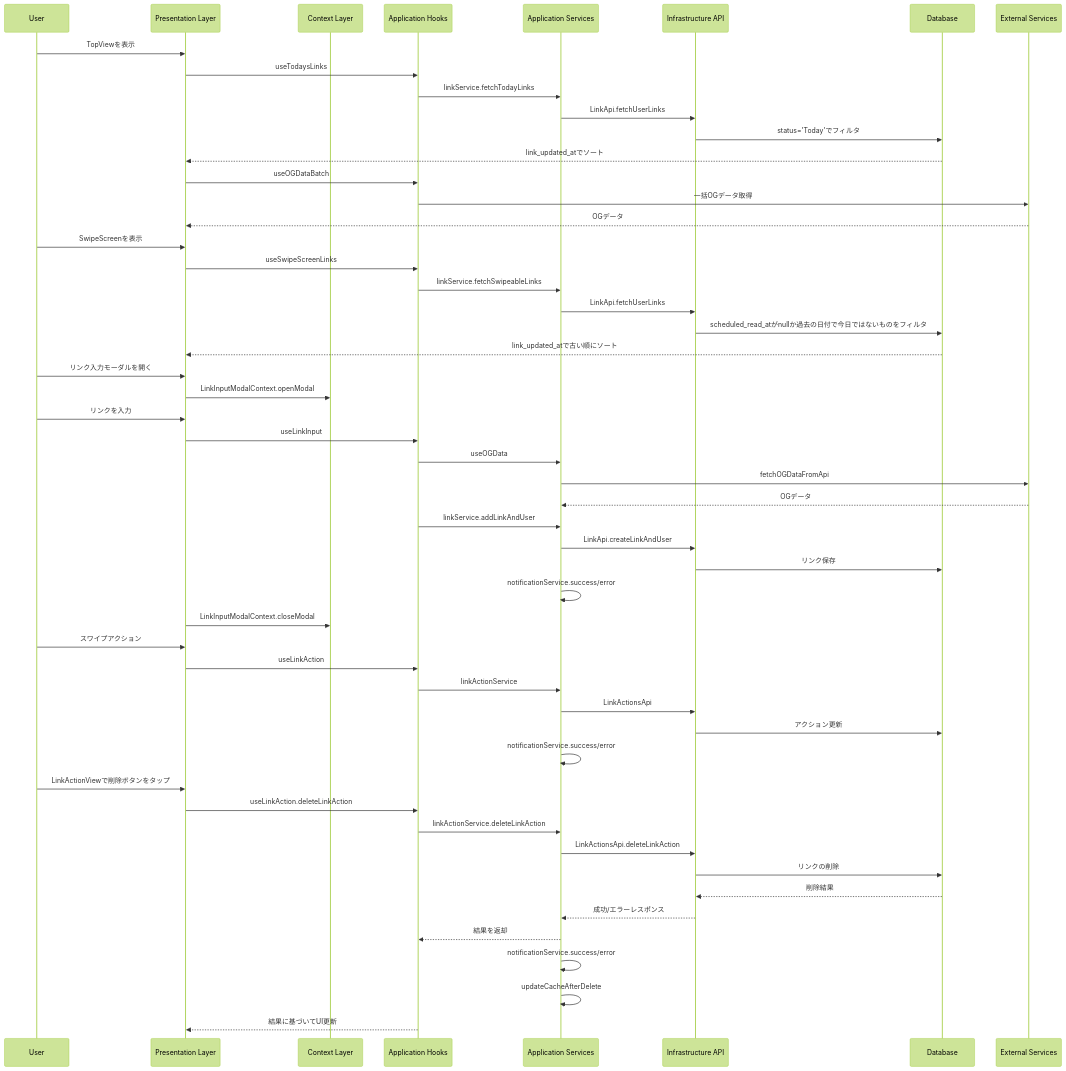
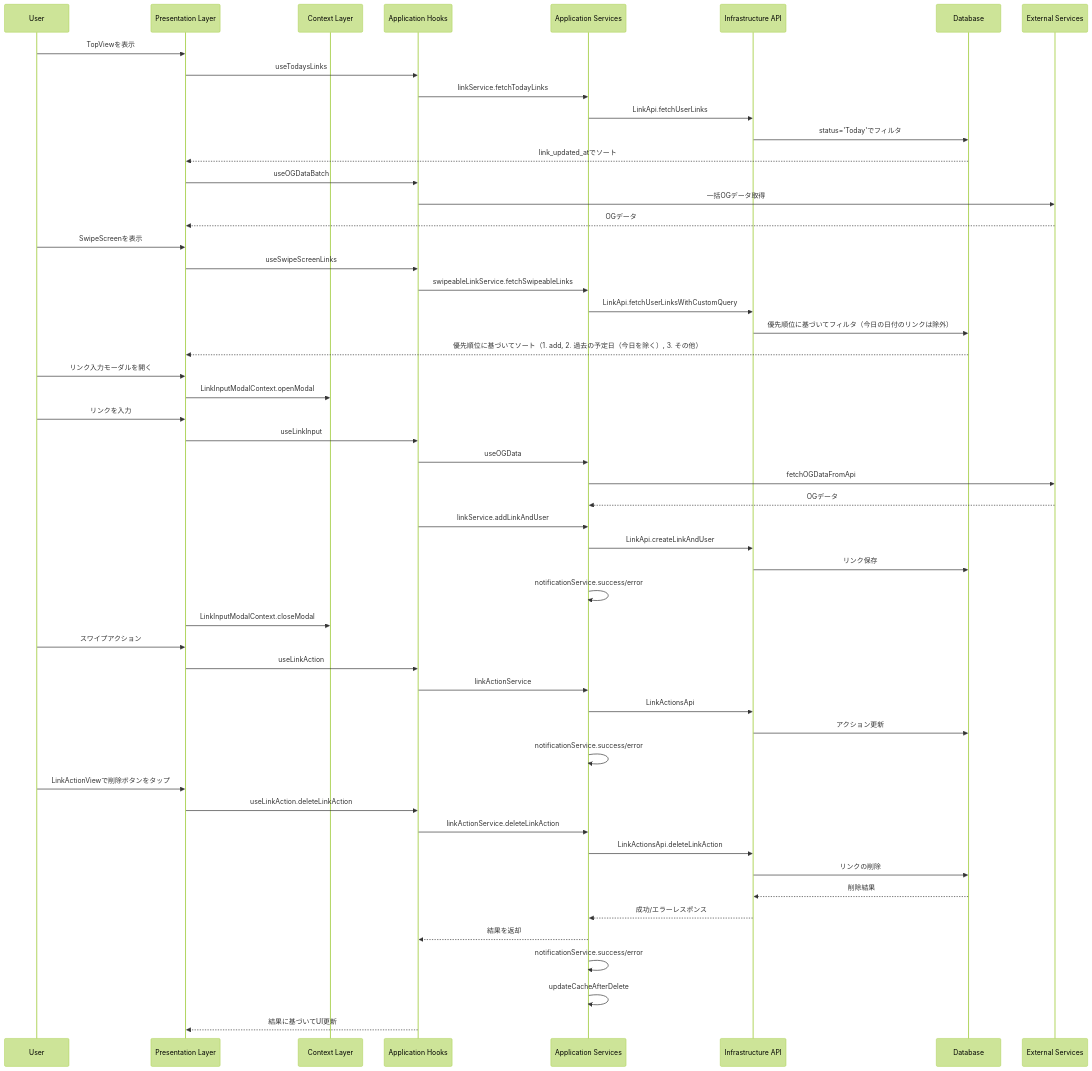
The second of 2 diagrams in feature/links/docs/architecture.md (sooom1627/Linpe), drawn with Mermaid (forest theme) before and after one commit. The commit also changed 4 other files, not shown here.

````diff
--- a/feature/links/docs/architecture.md
+++ b/feature/links/docs/architecture.md
@@ -125,65 +125,65 @@
 ```mermaid
 sequenceDiagram
     participant User
     participant UI as Presentation Layer
     participant Context as Context Layer
     participant Hook as Application Hooks
     participant Service as Application Services
     participant API as Infrastructure API
     participant DB as Database
     participant External as External Services
 
     %% リンク一覧表示フロー（TopView）
     User->>UI: TopViewを表示
     UI->>Hook: useTodaysLinks
     Hook->>Service: linkService.fetchTodayLinks
     Service->>API: LinkApi.fetchUserLinks
     API->>DB: status='Today'でフィルタ
     DB-->>UI: link_updated_atでソート
     UI->>Hook: useOGDataBatch
     Hook->>External: 一括OGデータ取得
     External-->>UI: OGデータ
 
     %% スワイプ画面表示フロー
     User->>UI: SwipeScreenを表示
     UI->>Hook: useSwipeScreenLinks
-    Hook->>Service: linkService.fetchSwipeableLinks
-    Service->>API: LinkApi.fetchUserLinks
-    API->>DB: scheduled_read_atがnullか過去の日付で今日ではないものをフィルタ
-    DB-->>UI: link_updated_atで古い順にソート
+    Hook->>Service: swipeableLinkService.fetchSwipeableLinks
+    Service->>API: LinkApi.fetchUserLinksWithCustomQuery
+    API->>DB: 優先順位に基づいてフィルタ（今日の日付のリンクは除外）
+    DB-->>UI: 優先順位に基づいてソート（1. add, 2. 過去の予定日（今日を除く）, 3. その他）
 
     %% リンク入力フロー
     User->>UI: リンク入力モーダルを開く
     UI->>Context: LinkInputModalContext.openModal
     User->>UI: リンクを入力
     UI->>Hook: useLinkInput
     Hook->>Service: useOGData
     Service->>External: fetchOGDataFromApi
     External-->>Service: OGデータ
     Hook->>Service: linkService.addLinkAndUser
     Service->>API: LinkApi.createLinkAndUser
     API->>DB: リンク保存
     Service->>Service: notificationService.success/error
     UI->>Context: LinkInputModalContext.closeModal
 
     %% スワイプアクション
     User->>UI: スワイプアクション
     UI->>Hook: useLinkAction
     Hook->>Service: linkActionService
     Service->>API: LinkActionsApi
     API->>DB: アクション更新
     Service->>Service: notificationService.success/error
 
     %% リンク削除フロー
     User->>UI: LinkActionViewで削除ボタンをタップ
     UI->>Hook: useLinkAction.deleteLinkAction
     Hook->>Service: linkActionService.deleteLinkAction
     Service->>API: LinkActionsApi.deleteLinkAction
     API->>DB: リンクの削除
     DB-->>API: 削除結果
     API-->>Service: 成功/エラーレスポンス
     Service-->>Hook: 結果を返却
     Service->>Service: notificationService.success/error
     Service->>Service: updateCacheAfterDelete
     Hook-->>UI: 結果に基づいてUI更新
 ```
````
